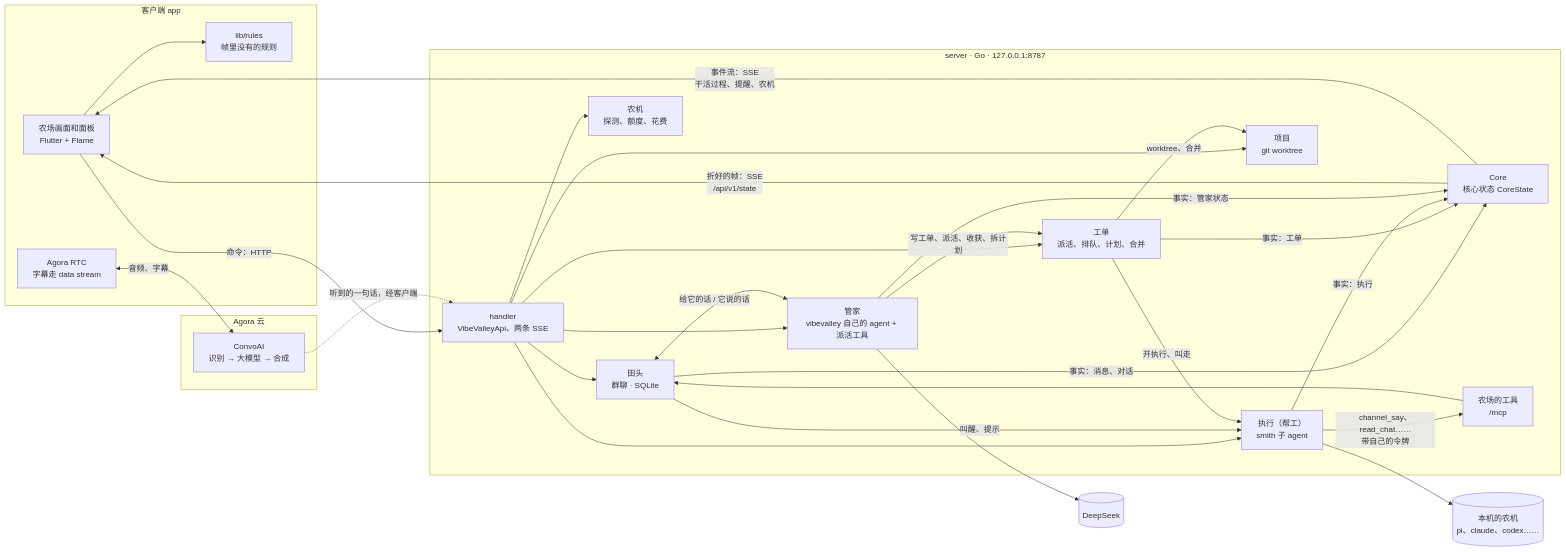
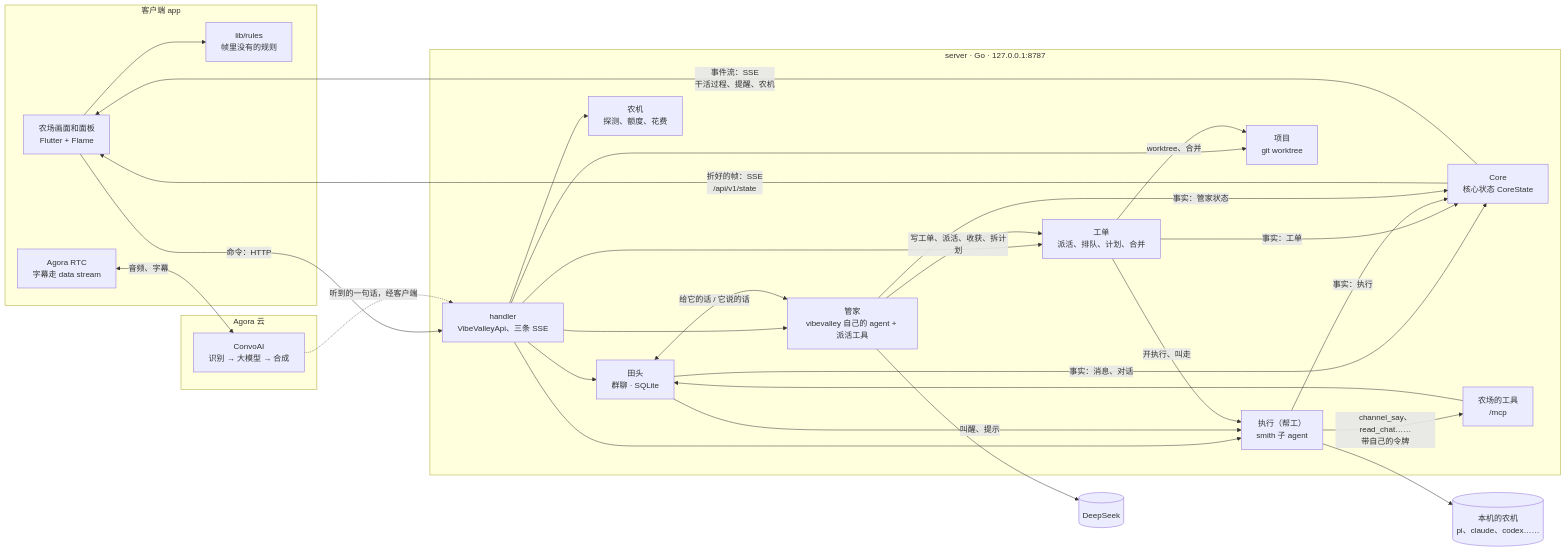
One commit to vibevalleyhq/vibevalley changed the diagram in docs/architecture.md. Above: the diagram before and after it, drawn with Mermaid. The commit also changed other lines of this file and 109 other files, not shown here.

````diff
--- a/docs/architecture.md
+++ b/docs/architecture.md
@@ -5,48 +5,48 @@
 ```mermaid
 flowchart LR
   subgraph Client[客户端 app]
     UI[农场画面和面板<br/>Flutter + Flame]
     RULES[lib/rules<br/>帧里没有的规则]
     RTC[Agora RTC<br/>字幕走 data stream]
   end
 
   subgraph Server[server · Go · 127.0.0.1:8787]
-    API[handler<br/>VibeValleyApi、两条 SSE]
+    API[handler<br/>VibeValleyApi、三条 SSE]
     SITE[Core<br/>核心状态 CoreState]
     FM[管家<br/>vibevalley 自己的 agent + 派活工具]
     CHAT[田头<br/>群聊 · SQLite]
     MCP[农场的工具<br/>/mcp]
     TK[工单<br/>派活、排队、计划、合并]
     CREW[执行（帮工）<br/>smith 子 agent]
     PRJ[项目<br/>git worktree]
     RT[农机<br/>探测、额度、花费]
   end
 
   subgraph Agora[Agora 云]
     CAI[ConvoAI<br/>识别 → 大模型 → 合成]
   end
 
   AGENTS[(本机的农机<br/>pi、claude、codex……)]
   DS[(DeepSeek)]
 
   UI --> RULES
   UI -->|命令：HTTP| API
   SITE -->|折好的帧：SSE<br/>/api/v1/state| UI
   SITE -->|事件流：SSE<br/>干活过程、提醒、农机| UI
   API --> CHAT & FM & TK & CREW & PRJ & RT
   CHAT <-->|给它的话 / 它说的话| FM
   CHAT -->|叫醒、提示| CREW
   CREW -->|channel_say、read_chat……<br/>带自己的令牌| MCP
   MCP --> CHAT
   FM -->|写工单、派活、收获、拆计划| TK
   TK -->|开执行、叫走| CREW
   TK -->|worktree、合并| PRJ
   CREW --> AGENTS
   FM --> DS
   CHAT -->|事实：消息、对话| SITE
   TK -->|事实：工单| SITE
   CREW -->|事实：执行| SITE
   FM -->|事实：管家状态| SITE
   RTC <-->|音频、字幕| CAI
   CAI -.->|听到的一句话，经客户端| API
 ```
````
